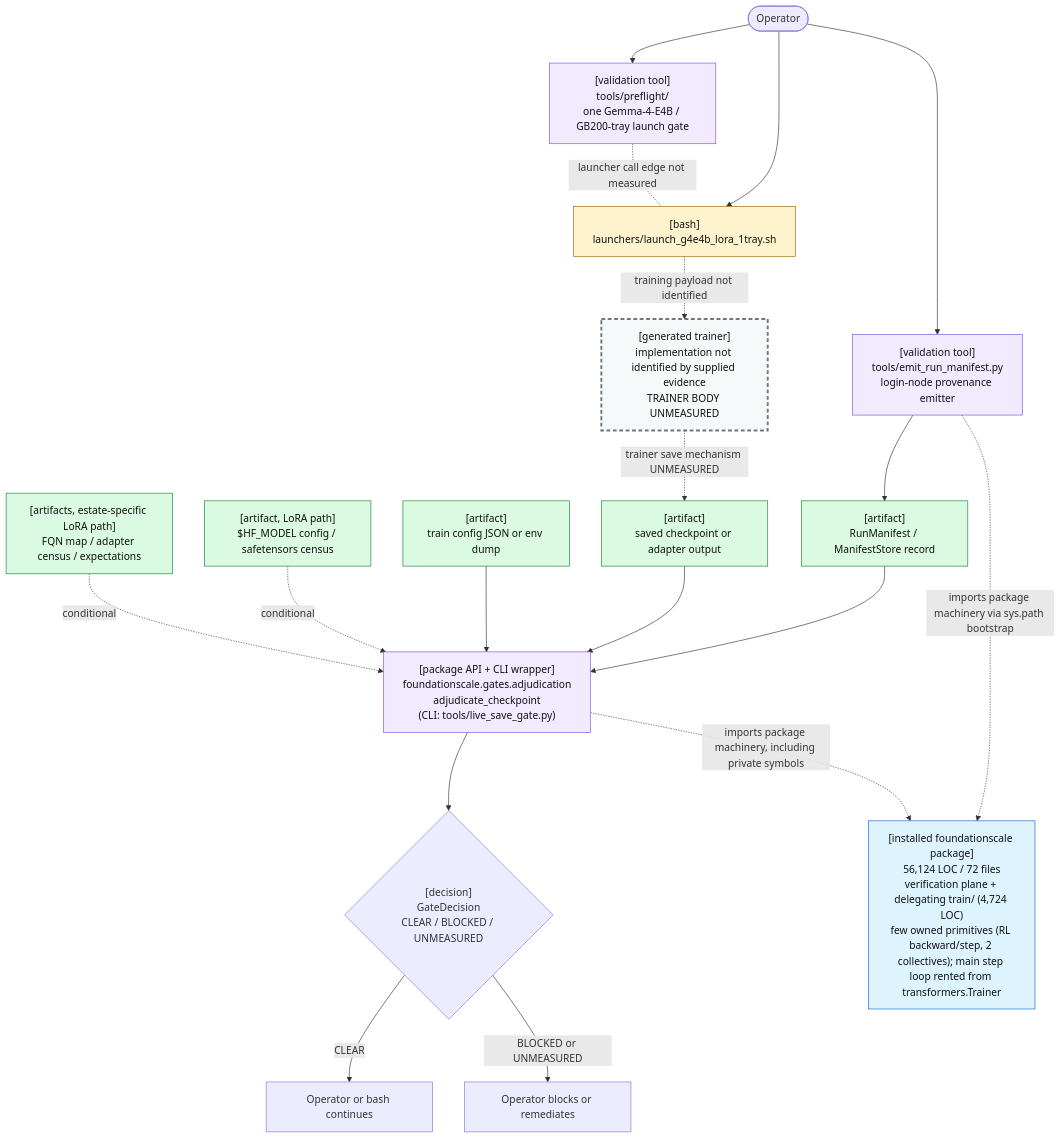
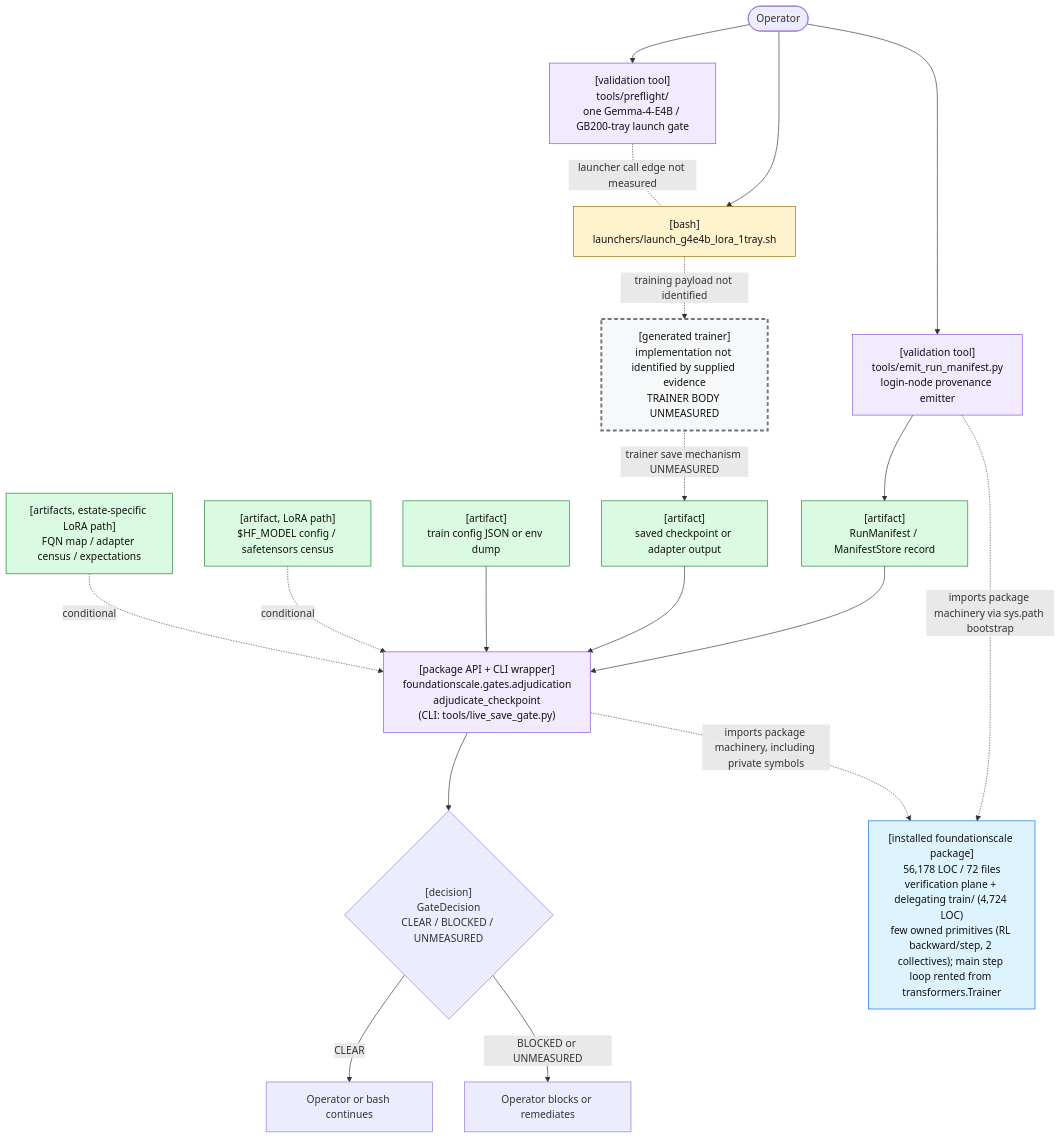
The first of 2 diagrams in docs/review/D2_current_architecture.md (TranNhiem/FoundationScale), drawn with Mermaid before and after one commit. The commit also changed other lines of this file and 10 other files, not shown here.

````diff
--- a/docs/review/D2_current_architecture.md
+++ b/docs/review/D2_current_architecture.md
@@ -25,59 +25,59 @@
 ```mermaid
 flowchart TB
   O(["Operator"])
 
   PF["[validation tool]<br/>tools/preflight/<br/>one Gemma-4-E4B / GB200-tray launch gate"]
   L["[bash]<br/>launchers/launch_g4e4b_lora_1tray.sh"]
 
   E["[validation tool]<br/>tools/emit_run_manifest.py<br/>login-node provenance emitter"]
   M["[artifact]<br/>RunManifest / ManifestStore record"]
 
   T["[generated trainer]<br/>implementation not identified by supplied evidence<br/>TRAINER BODY UNMEASURED"]
   C["[artifact]<br/>saved checkpoint or adapter output"]
 
   G["[package API + CLI wrapper]<br/>foundationscale.gates.adjudication<br/>adjudicate_checkpoint<br/>(CLI: tools/live_save_gate.py)"]
   CFG["[artifact]<br/>train config JSON or env dump"]
   BASE["[artifact, LoRA path]<br/>$HF_MODEL config / safetensors census"]
   CEN["[artifacts, estate-specific LoRA path]<br/>FQN map / adapter census / expectations"]
 
   D{"[decision]<br/>GateDecision<br/>CLEAR / BLOCKED / UNMEASURED"}
   OK["Operator or bash continues"]
   NO["Operator blocks or remediates"]
 
-  PKG["[installed foundationscale package]<br/>56,124 LOC / 72 files<br/>verification plane + delegating train/ (4,724 LOC)<br/>few owned primitives (RL backward/step, 2 collectives); main step loop rented from transformers.Trainer"]
+  PKG["[installed foundationscale package]<br/>56,178 LOC / 72 files<br/>verification plane + delegating train/ (4,724 LOC)<br/>few owned primitives (RL backward/step, 2 collectives); main step loop rented from transformers.Trainer"]
 
   O --> PF
   O --> L
   PF -. "launcher call edge not measured" .- L
 
   O --> E
   E --> M
 
   L -. "training payload not identified" .-> T
   T -. "trainer save mechanism UNMEASURED" .-> C
 
   M --> G
   C --> G
   CFG --> G
   BASE -. "conditional" .-> G
   CEN -. "conditional" .-> G
 
   E -. "imports package machinery via sys.path bootstrap" .-> PKG
   G -. "imports package machinery, including private symbols" .-> PKG
 
   G --> D
   D -->|"CLEAR"| OK
   D -->|"BLOCKED or UNMEASURED"| NO
 
   classDef bash fill:#fff3cd,stroke:#9a6700,color:#111;
   classDef tool fill:#f2eaff,stroke:#8250df,color:#111;
   classDef artifact fill:#dafbe1,stroke:#1a7f37,color:#111;
   classDef gap fill:#f6f8fa,stroke:#6e7781,stroke-width:3px,stroke-dasharray: 6 4,color:#111;
   classDef pkg fill:#ddf4ff,stroke:#0969da,color:#111;
 
   class L bash;
   class PF,E,G tool;
   class M,C,CFG,BASE,CEN artifact;
   class T gap;
   class PKG pkg;
 ```
````
